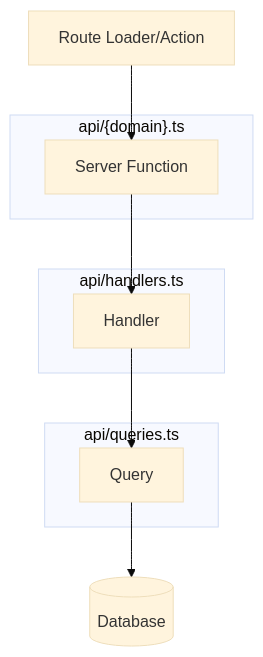
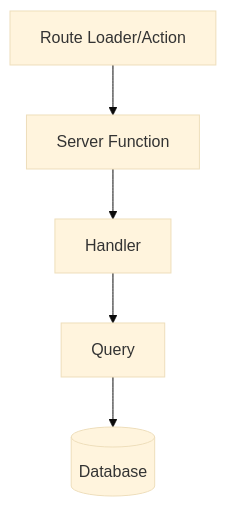
One commit to marcianosr/DevVoted changed the diagram in docs/adr/002-domain-architecture.md. Above: the diagram before and after it, drawn with Mermaid (base theme). The commit also changed other lines of this file, not shown here.

````diff
--- a/docs/adr/002-domain-architecture.md
+++ b/docs/adr/002-domain-architecture.md
@@ -91,19 +62,7 @@
 ```mermaid
 flowchart TD
     A[Route Loader/Action] --> B[Server Function]
     B --> C[Handler]
     C --> D[Query]
     D --> E[(Database)]
-    
-    subgraph "api/{domain}.ts"
-        B
-    end
-    
-    subgraph "api/handlers.ts"
-        C
-    end
-    
-    subgraph "api/queries.ts"
-        D
-    end
 ```
````
